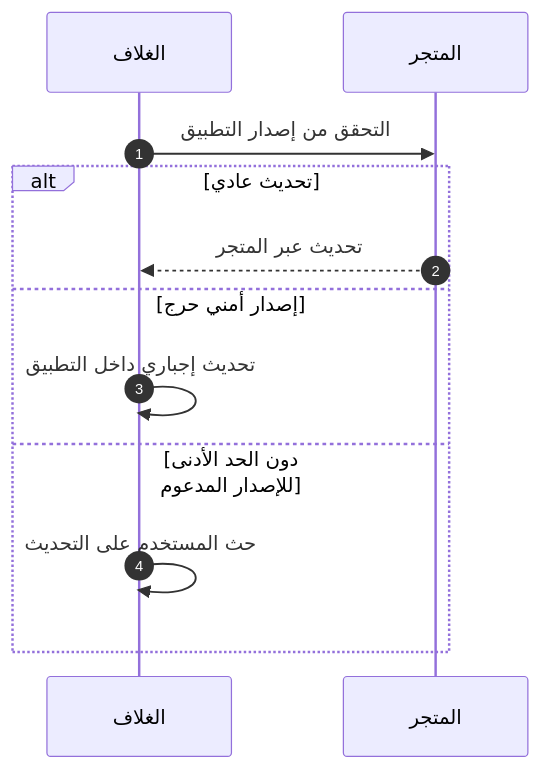
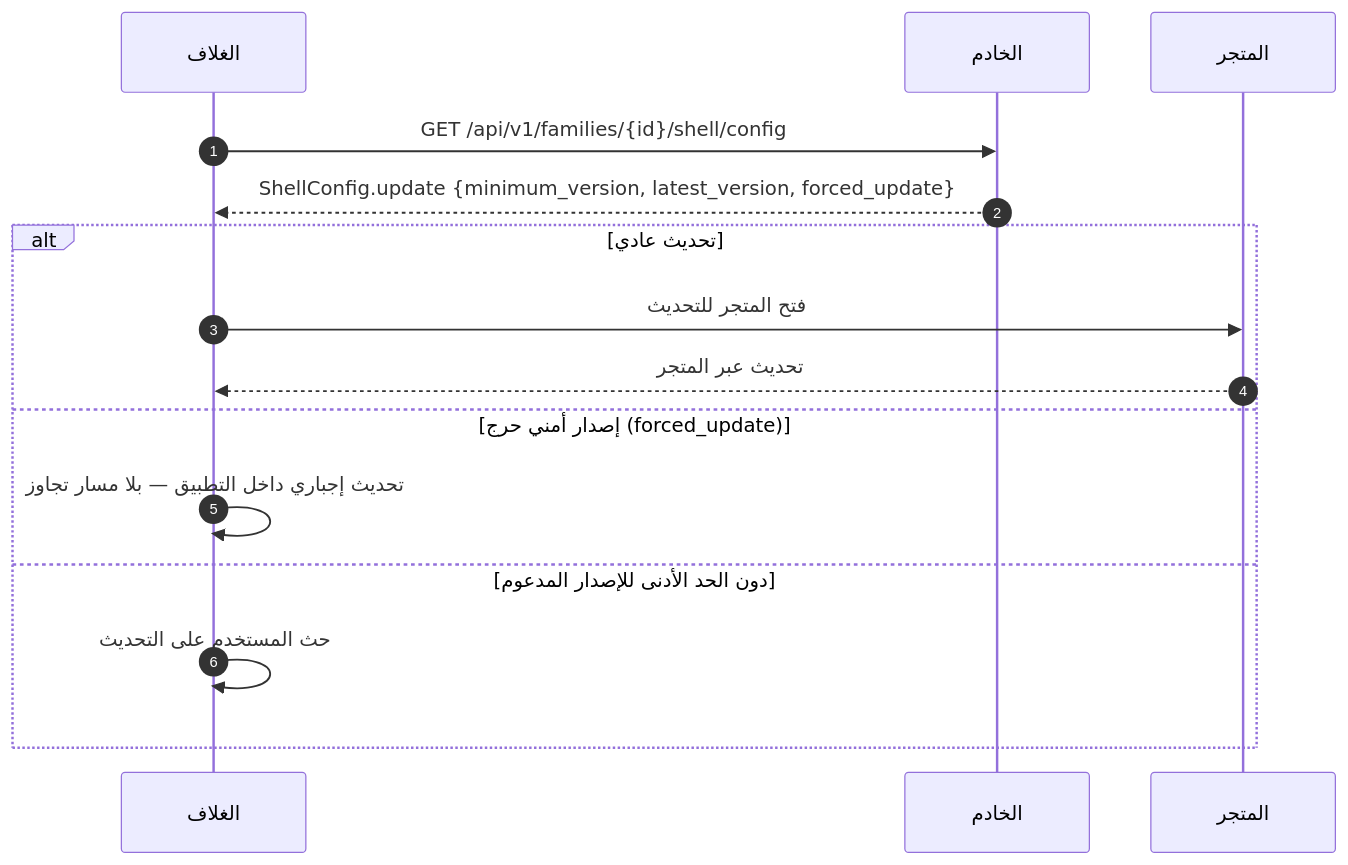
The ninth of 13 diagrams in docs/family-os/governance/phases/phase-1/S1-01-app-shell-and-platform/DIAGRAMS.md (Bassam-mohammed-alqaeadi/family-os-v2), drawn with Mermaid before and after one commit. The commit also changed other lines of this file and 3 other files, not shown here.

````diff
--- a/docs/family-os/governance/phases/phase-1/S1-01-app-shell-and-platform/DIAGRAMS.md
+++ b/docs/family-os/governance/phases/phase-1/S1-01-app-shell-and-platform/DIAGRAMS.md
@@ -282,14 +289,17 @@
 ```mermaid
 sequenceDiagram
     autonumber
     participant Shell as الغلاف
+    participant Ktor as الخادم
     participant Store as المتجر
-    Shell->>Store: التحقق من إصدار التطبيق
+    Shell->>Ktor: GET /api/v1/families/{id}/shell/config
+    Ktor-->>Shell: ShellConfig.update {minimum_version, latest_version, forced_update}
     alt تحديث عادي
+        Shell->>Store: فتح المتجر للتحديث
         Store-->>Shell: تحديث عبر المتجر
-    else إصدار أمني حرج
-        Shell->>Shell: تحديث إجباري داخل التطبيق
+    else إصدار أمني حرج (forced_update)
+        Shell->>Shell: تحديث إجباري داخل التطبيق — بلا مسار تجاوز
     else دون الحد الأدنى للإصدار المدعوم
         Shell->>Shell: حث المستخدم على التحديث
     end
 ```
````
